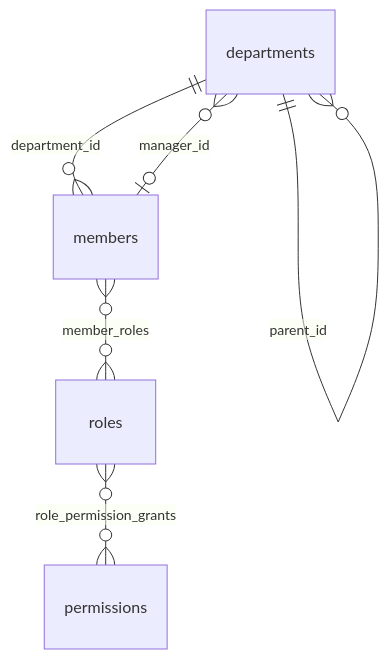
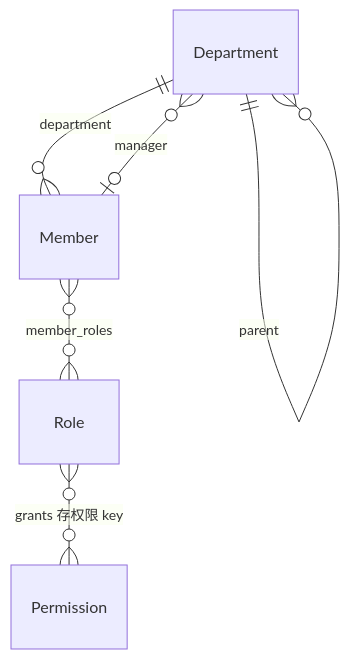
Before and after one commit to quyip8818/mytokenjoy: diagram 15 of 21 in docs/Backend-存储架构.md, drawn with Mermaid. The commit also changed other lines of this file and 120 other files, not shown here.

````diff
--- a/docs/Backend-存储架构.md
+++ b/docs/Backend-存储架构.md
@@ -89,8 +415,8 @@
 ```mermaid
 erDiagram
-  departments ||--o{ departments : parent_id
-  departments ||--o{ members : department_id
-  departments }o--o| members : manager_id
-  members }o--o{ roles : member_roles
-  roles }o--o{ permissions : role_permission_grants
+  Department ||--o{ Department : "parent"
+  Department ||--o{ Member : "department"
+  Department }o--o| Member : "manager"
+  Member }o--o{ Role : "member_roles"
+  Role }o--o{ Permission : "grants 存权限 key"
 ```
````
